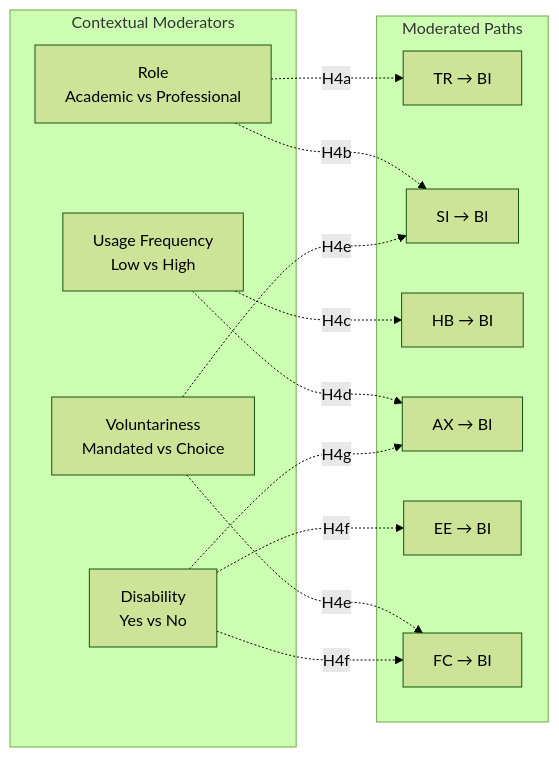
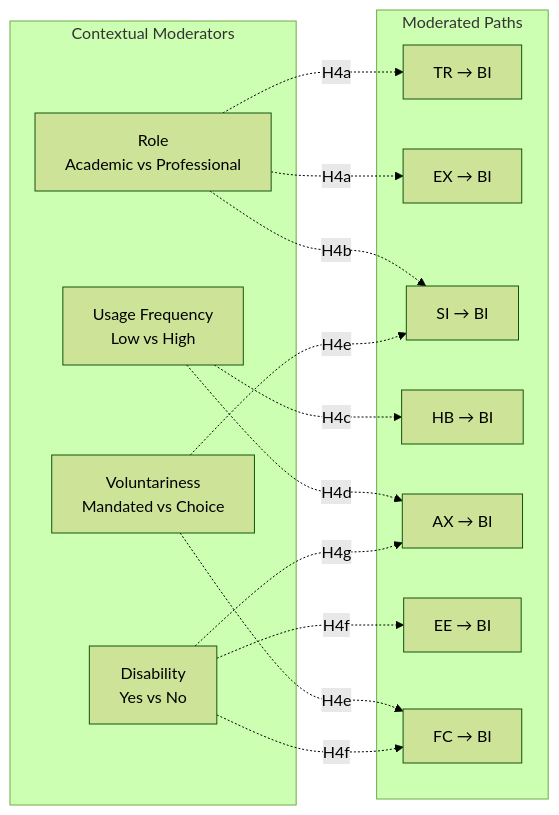
Before and after one commit to fabioc-aloha/AIRS_Data_Analysis: the third of 4 diagrams in plan/ANALYSIS_PLAN.md, drawn with Mermaid (forest theme). The commit also changed other lines of this file and 135 other files, not shown here.

````diff
--- a/plan/ANALYSIS_PLAN.md
+++ b/plan/ANALYSIS_PLAN.md
@@ -329,28 +413,30 @@
 ```mermaid
 flowchart LR
     subgraph Moderators["Contextual Moderators"]
         ROLE[Role<br/>Academic vs Professional]
         USAGE[Usage Frequency<br/>Low vs High]
         VOL[Voluntariness<br/>Mandated vs Choice]
         DIS[Disability<br/>Yes vs No]
     end
 
     subgraph Paths["Moderated Paths"]
         TR_BI[TR → BI]
+        EX_BI[EX → BI]
         SI_BI[SI → BI]
         HB_BI[HB → BI]
         AX_BI[AX → BI]
         EE_BI[EE → BI]
         FC_BI[FC → BI]
     end
 
     ROLE -.->|H4a| TR_BI
+    ROLE -.->|H4a| EX_BI
     ROLE -.->|H4b| SI_BI
     USAGE -.->|H4c| HB_BI
     USAGE -.->|H4d| AX_BI
     VOL -.->|H4e| SI_BI
     VOL -.->|H4e| FC_BI
     DIS -.->|H4f| EE_BI
     DIS -.->|H4f| FC_BI
     DIS -.->|H4g| AX_BI
 ```
````
